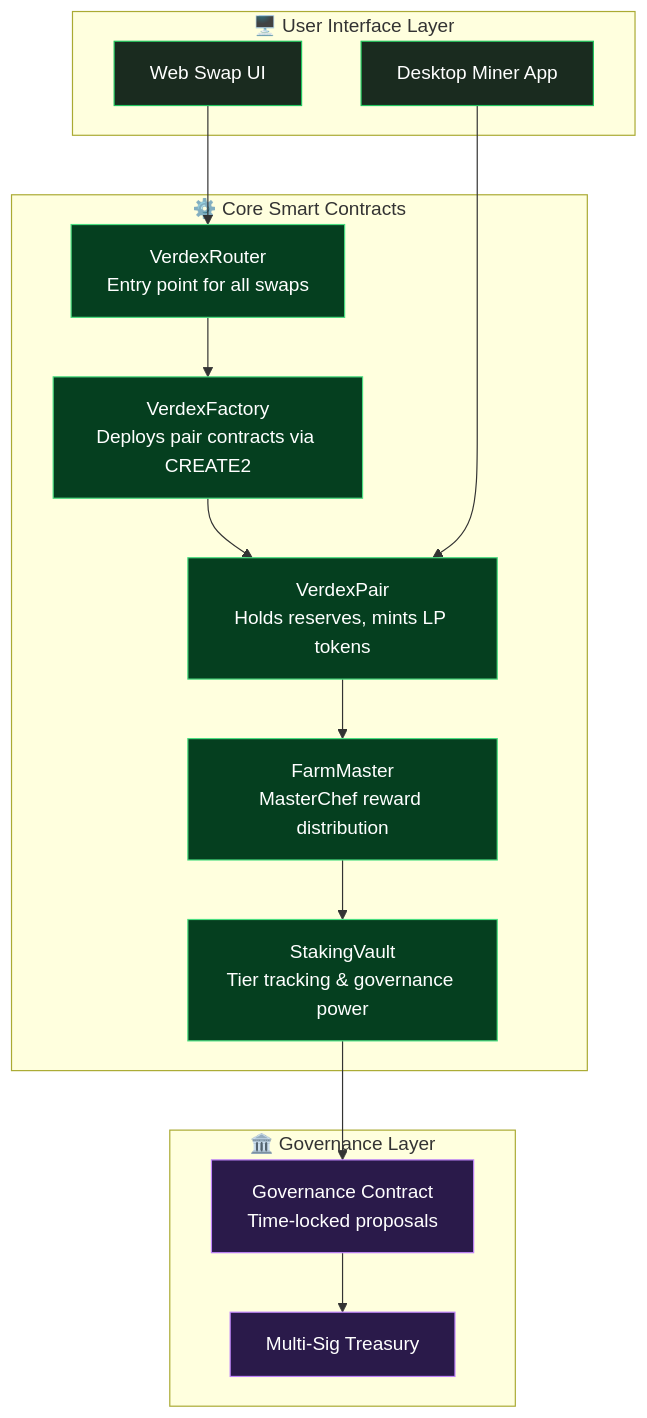
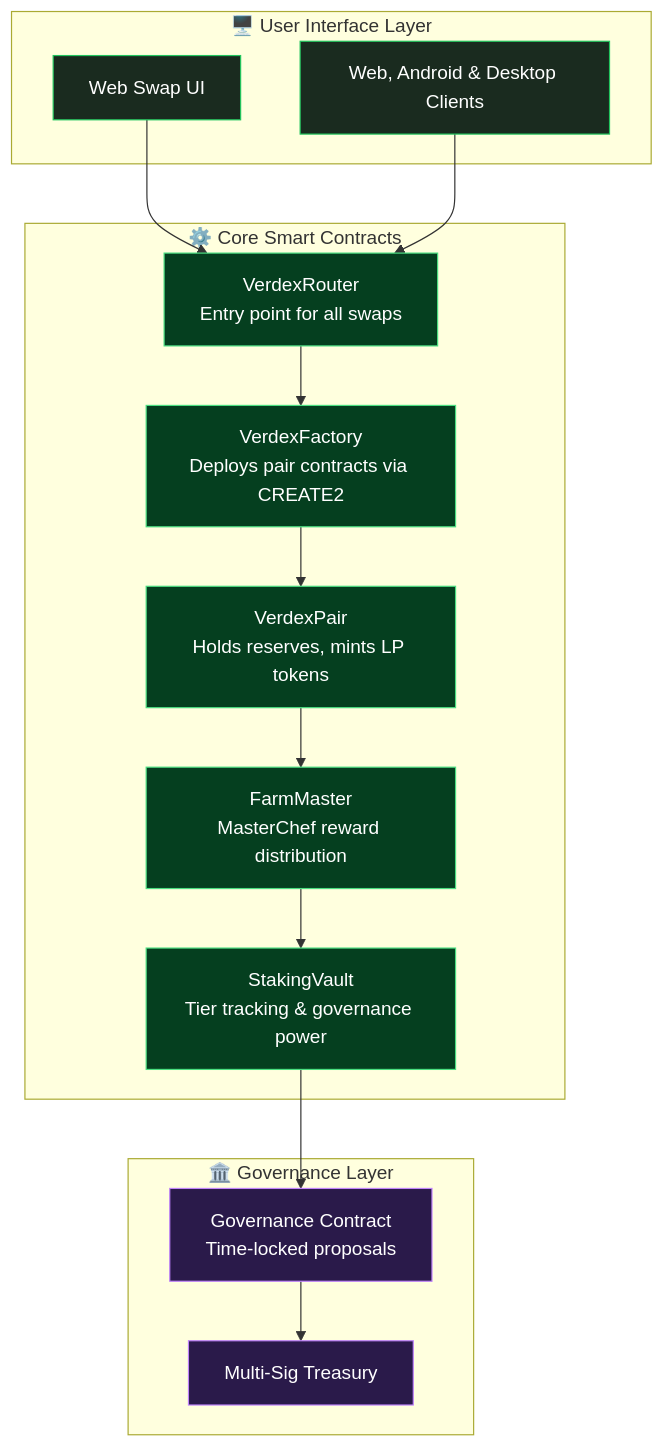
Before and after one commit to verdexchainsuppourt-hue/verdex-ecosystem: the seventh of 9 diagrams in verdex-whitepaper.md, drawn with Mermaid. The commit also changed other lines of this file and 580 other files, not shown here.

````diff
--- a/verdex-whitepaper.md
+++ b/verdex-whitepaper.md
@@ -308,34 +302,34 @@
 ```mermaid
 graph TD
     classDef ui fill:#1a2b1f,stroke:#22c55e,color:#fff
     classDef core fill:#053f1f,stroke:#4ade80,color:#fff
     classDef gov fill:#2a1a4a,stroke:#c084fc,color:#fff
     classDef ext fill:#1e1e1e,stroke:#f3ba2f,color:#fff
 
     subgraph UserLayer ["🖥️ User Interface Layer"]
         UI[Web Swap UI]:::ui
-        Miner[Desktop Miner App]:::ui
+        Client[Web, Android & Desktop Clients]:::ui
     end
 
     subgraph CoreContracts ["⚙️ Core Smart Contracts"]
         Router[VerdexRouter\nEntry point for all swaps]:::core
         Factory[VerdexFactory\nDeploys pair contracts via CREATE2]:::core
         Pair[VerdexPair\nHolds reserves, mints LP tokens]:::core
         Farm[FarmMaster\nMasterChef reward distribution]:::core
         Vault[StakingVault\nTier tracking & governance power]:::core
     end
 
     subgraph Governance ["🏛️ Governance Layer"]
         Gov[Governance Contract\nTime-locked proposals]:::gov
         Treasury[Multi-Sig Treasury]:::gov
     end
 
     UI --> Router
     Router --> Factory
     Factory --> Pair
     Pair --> Farm
     Farm --> Vault
     Vault --> Gov
     Gov --> Treasury
-    Miner --> Pair
+    Client --> Router
 ```
````
